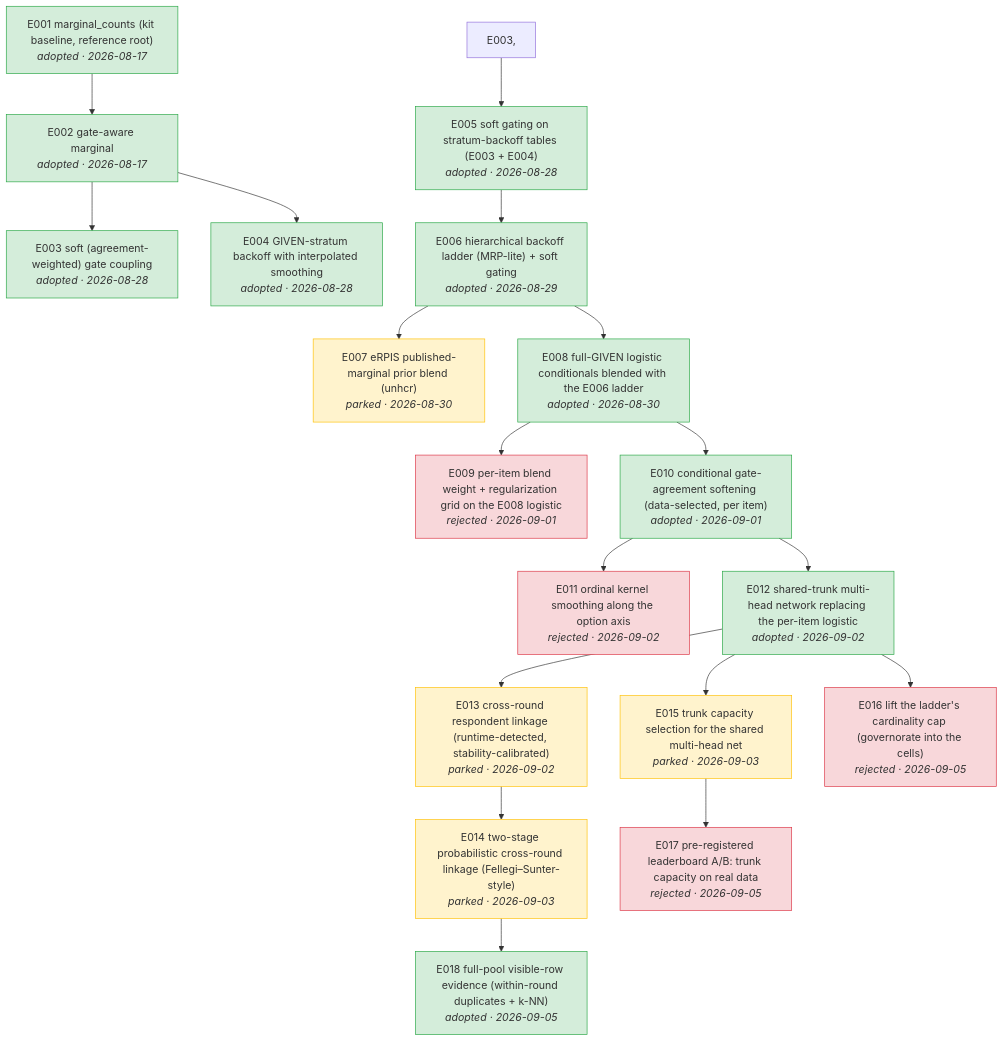
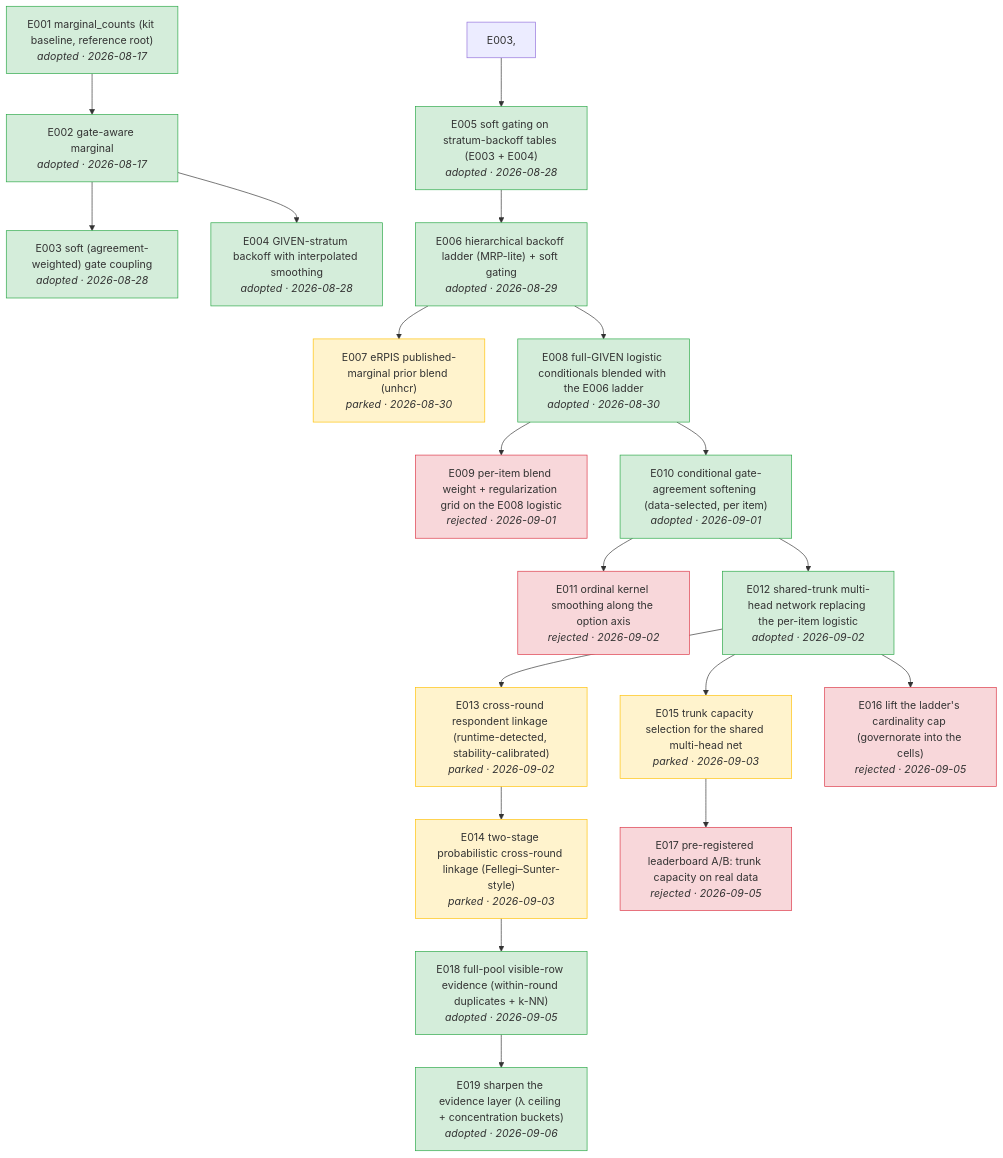
One commit to joon56/Simulacrabench-NeurIPS-2026- changed the diagram in docs/tree.md. Above: the diagram before and after it, drawn with Mermaid. The commit also changed 6 other files, not shown here.

First line of the commit message:
E019: sharpened evidence layer (lambda ceiling 0.98 + concentration buckets), submission #11

````diff
--- a/docs/tree.md
+++ b/docs/tree.md
@@ -5,44 +5,46 @@
 ```mermaid
 flowchart TD
     E001["E001 marginal_counts (kit baseline, reference root)<br/><i>adopted · 2026-08-17</i>"]
     E002["E002 gate-aware marginal<br/><i>adopted · 2026-08-17</i>"]
     E001 --> E002
     E003["E003 soft (agreement-weighted) gate coupling<br/><i>adopted · 2026-08-28</i>"]
     E002 --> E003
     E004["E004 GIVEN-stratum backoff with interpolated smoothing<br/><i>adopted · 2026-08-28</i>"]
     E002 --> E004
     E005["E005 soft gating on stratum-backoff tables (E003 + E004)<br/><i>adopted · 2026-08-28</i>"]
     E003, --> E005
     E006["E006 hierarchical backoff ladder (MRP-lite) + soft gating<br/><i>adopted · 2026-08-29</i>"]
     E005 --> E006
     E007["E007 eRPIS published-marginal prior blend (unhcr)<br/><i>parked · 2026-08-30</i>"]
     E006 --> E007
     E008["E008 full-GIVEN logistic conditionals blended with the E006 ladder<br/><i>adopted · 2026-08-30</i>"]
     E006 --> E008
     E009["E009 per-item blend weight + regularization grid on the E008 logistic<br/><i>rejected · 2026-09-01</i>"]
     E008 --> E009
     E010["E010 conditional gate-agreement softening (data-selected, per item)<br/><i>adopted · 2026-09-01</i>"]
     E008 --> E010
     E011["E011 ordinal kernel smoothing along the option axis<br/><i>rejected · 2026-09-02</i>"]
     E010 --> E011
     E012["E012 shared-trunk multi-head network replacing the per-item logistic<br/><i>adopted · 2026-09-02</i>"]
     E010 --> E012
     E013["E013 cross-round respondent linkage (runtime-detected, stability-calibrated)<br/><i>parked · 2026-09-02</i>"]
     E012 --> E013
     E014["E014 two-stage probabilistic cross-round linkage (Fellegi–Sunter-style)<br/><i>parked · 2026-09-03</i>"]
     E013 --> E014
     E015["E015 trunk capacity selection for the shared multi-head net<br/><i>parked · 2026-09-03</i>"]
     E012 --> E015
     E016["E016 lift the ladder's cardinality cap (governorate into the cells)<br/><i>rejected · 2026-09-05</i>"]
     E012 --> E016
     E017["E017 pre-registered leaderboard A/B: trunk capacity on real data<br/><i>rejected · 2026-09-05</i>"]
     E015 --> E017
     E018["E018 full-pool visible-row evidence (within-round duplicates + k-NN)<br/><i>adopted · 2026-09-05</i>"]
     E014 --> E018
+    E019["E019 sharpen the evidence layer (λ ceiling + concentration buckets)<br/><i>adopted · 2026-09-06</i>"]
+    E018 --> E019
     classDef adopted fill:#d4edda,stroke:#28a745
-    class E001,E002,E003,E004,E005,E006,E008,E010,E012,E018 adopted
+    class E001,E002,E003,E004,E005,E006,E008,E010,E012,E018,E019 adopted
     classDef rejected fill:#f8d7da,stroke:#dc3545
     class E009,E011,E016,E017 rejected
     classDef parked fill:#fff3cd,stroke:#ffc107
     class E007,E013,E014,E015 parked
 ```
````
